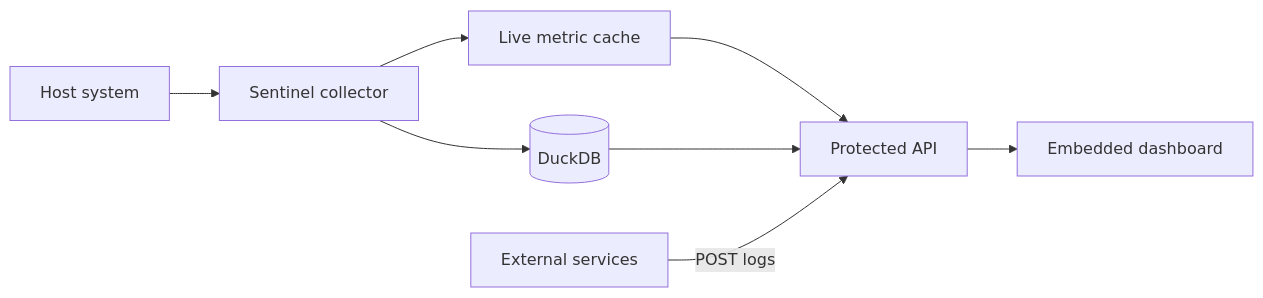
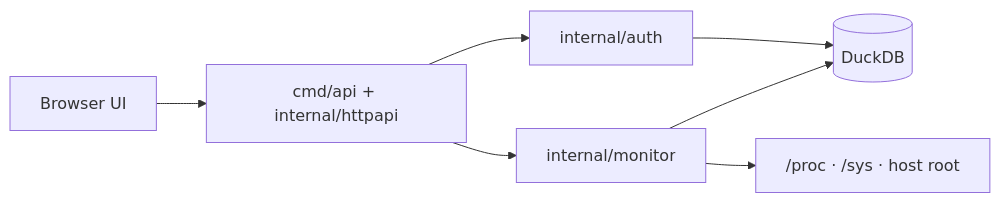
Before and after one commit to slymanmrcan/sentinel: the diagram in README.md, drawn with Mermaid. The commit also changed other lines of this file and 29 other files, not shown here.

Commit message:
refactor sentinel dashboard and add session auth

````diff
--- a/README.md
+++ b/README.md
@@ -21,10 +34,9 @@
 ```mermaid
 flowchart LR
-    H["Host system"] --> C["Sentinel collector"]
-    C --> M["Live metric cache"]
-    C --> D[("DuckDB")]
-    M --> A["Protected API"]
-    D --> A
-    A --> U["Embedded dashboard"]
-    S["External services"] -->|"POST logs"| A
+    Browser["Browser UI"] --> API["cmd/api + internal/httpapi"]
+    API --> Auth["internal/auth"]
+    API --> Monitor["internal/monitor"]
+    Auth --> DB[("DuckDB")]
+    Monitor --> DB
+    Monitor --> Host["/proc · /sys · host root"]
 ```
````
